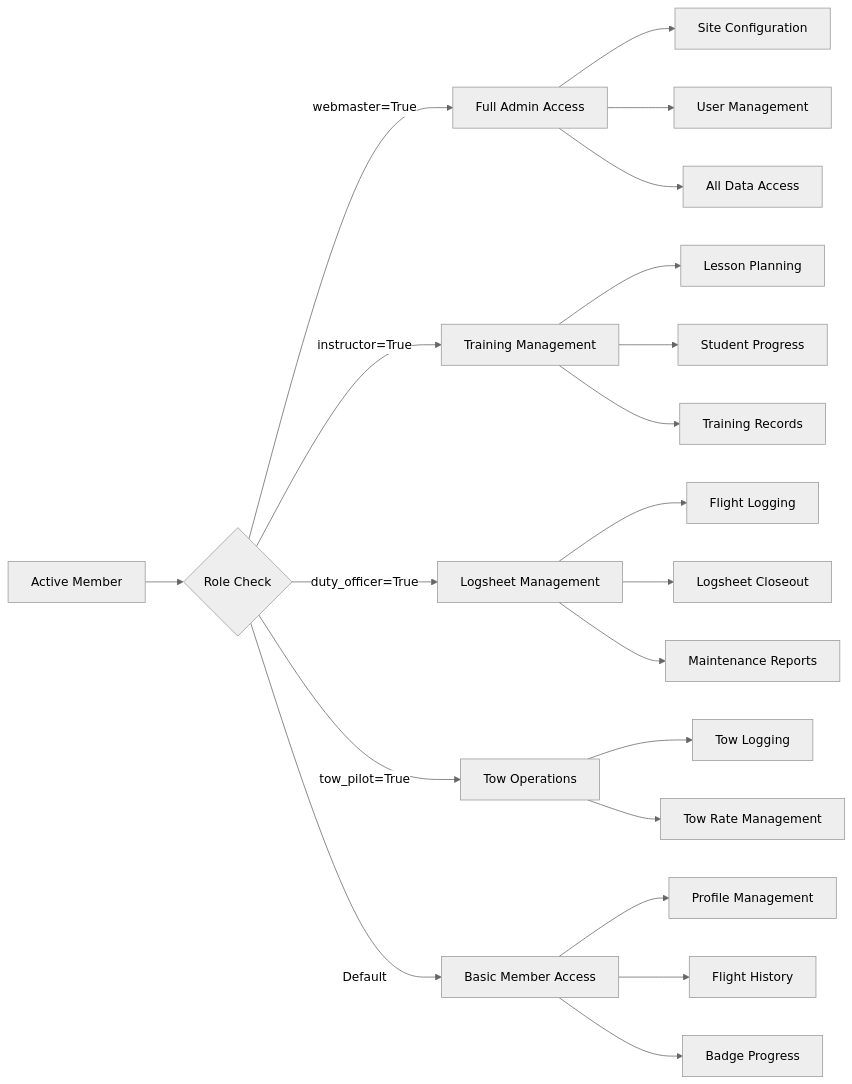
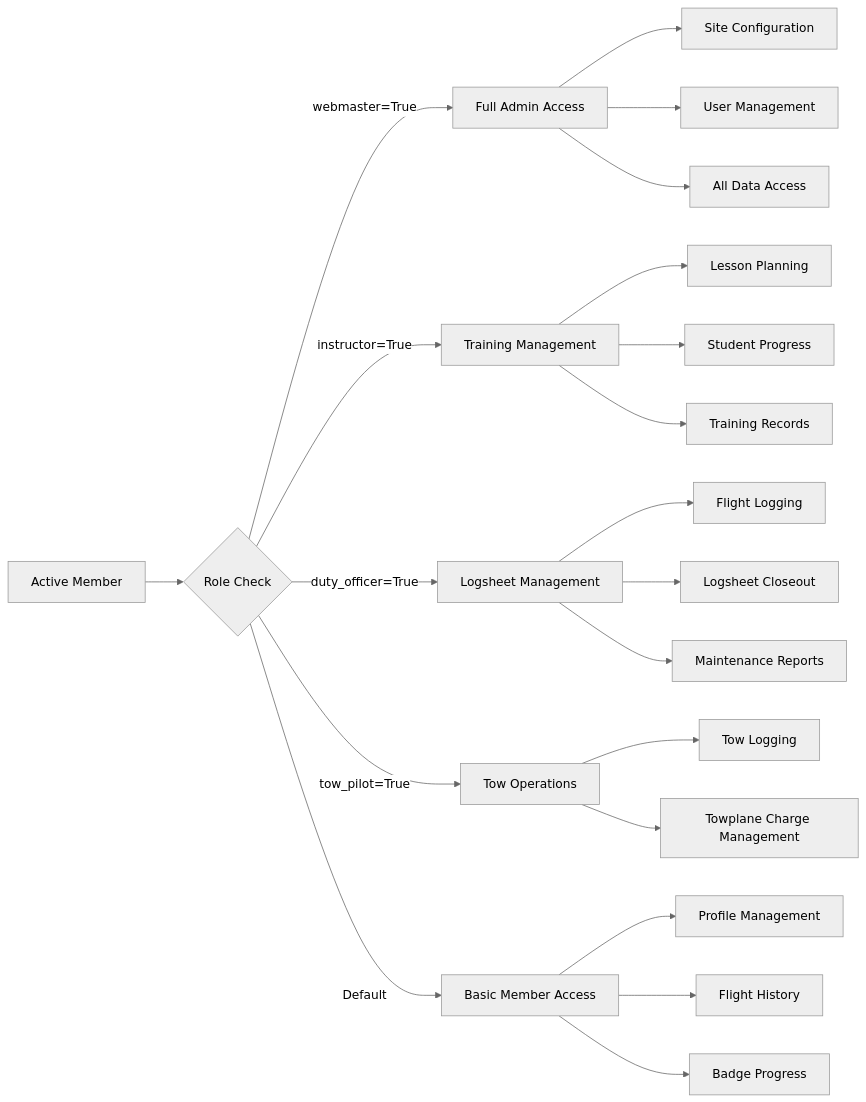
One commit to pietbarber/Manage2Soar changed the fifth of 7 diagrams in docs/workflows/02-member-lifecycle.md. Above: the diagram before and after it, drawn with Mermaid (neutral theme). The commit also changed 14 other files, not shown here.

Commit message:
Deprecate and retire tow rate table Fixes #283

````diff
--- a/docs/workflows/02-member-lifecycle.md
+++ b/docs/workflows/02-member-lifecycle.md
@@ -214,28 +214,28 @@
 ```mermaid
 flowchart LR
     Member[Active Member] --> A{Role Check}
     A -->|webmaster=True| B[Full Admin Access]
     A -->|instructor=True| C[Training Management]
     A -->|duty_officer=True| D[Logsheet Management]
     A -->|tow_pilot=True| E[Tow Operations]
     A -->|Default| F[Basic Member Access]
 
     B --> G[Site Configuration]
     B --> H[User Management]
     B --> I[All Data Access]
 
     C --> J[Lesson Planning]
     C --> K[Student Progress]
     C --> L[Training Records]
 
     D --> M[Flight Logging]
     D --> N[Logsheet Closeout]
     D --> O[Maintenance Reports]
 
     E --> P[Tow Logging]
-    E --> Q[Tow Rate Management]
+    E --> Q[Towplane Charge Management]
 
     F --> R[Profile Management]
     F --> S[Flight History]
     F --> T[Badge Progress]
 ```
````
